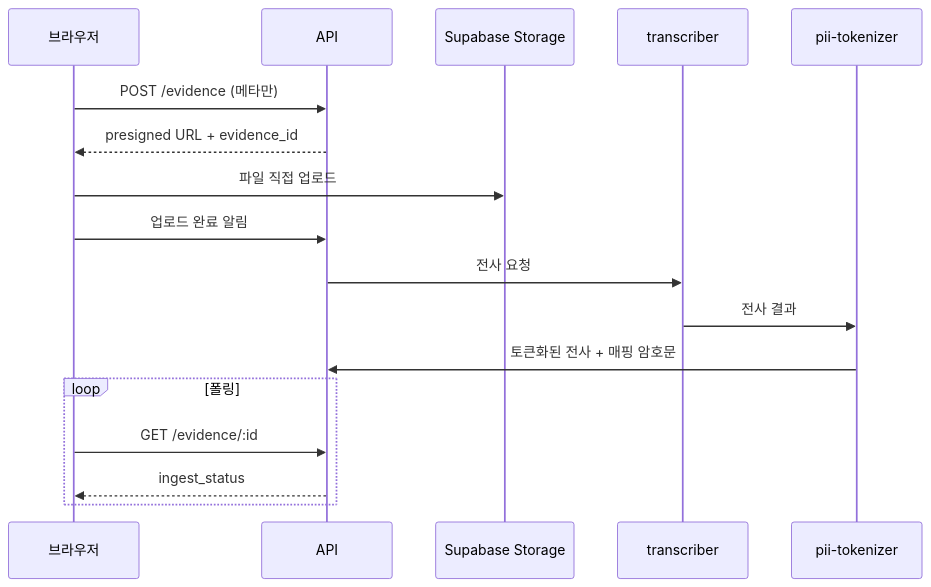
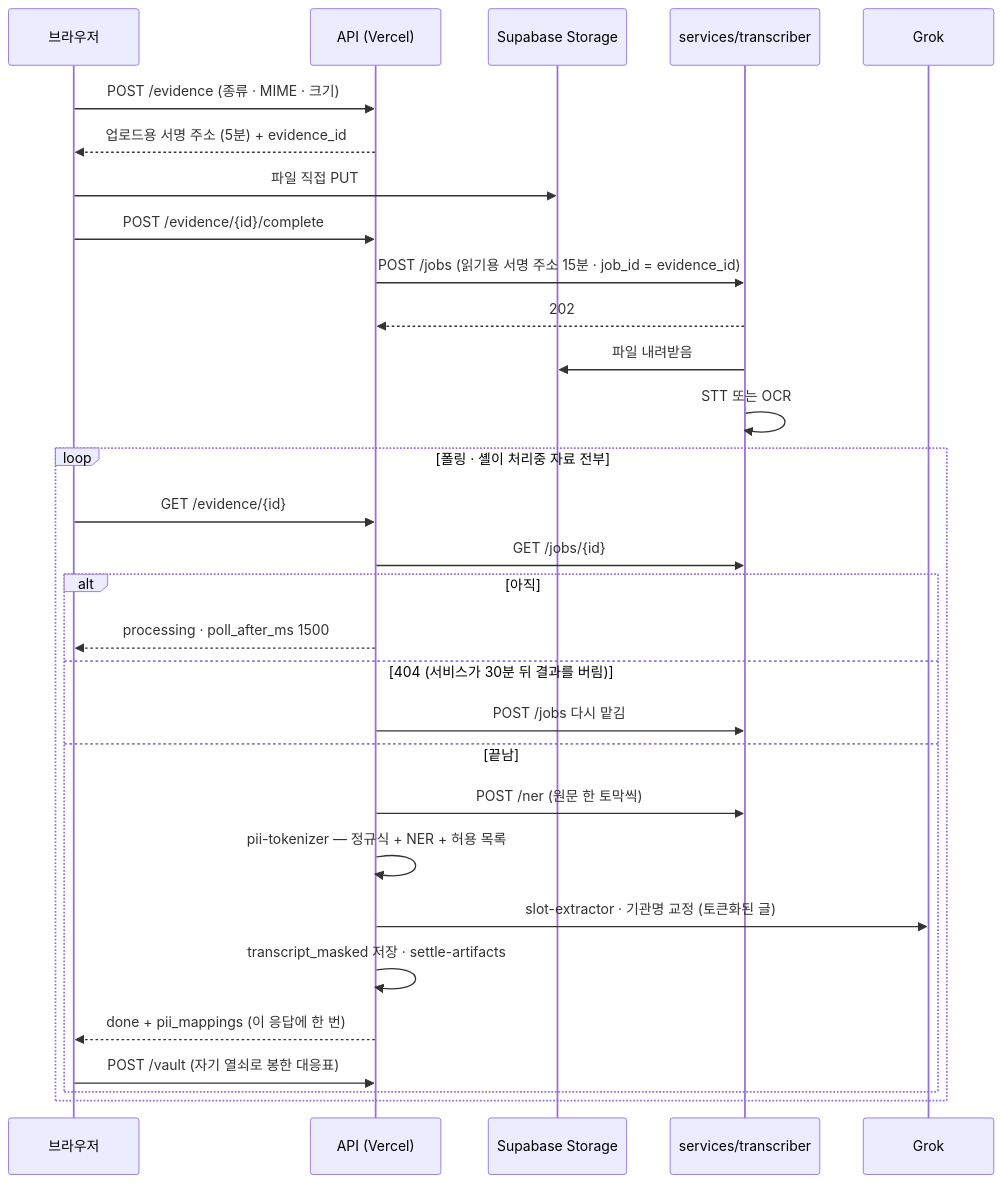
Before and after one commit to Dojaegyum/fsec-ai-challenge: the eighth of 9 diagrams in ARCHITECTURE.md, drawn with Mermaid. The commit also changed other lines of this file and 9 other files, not shown here.

First line of the commit message:
ARCHITECTURE.md 를 2026-09-06 main 기준으로 다시 쓴다 — 앱 밖 모델 서비스 · 볼트 · 크론 셋 · 실제 데이터 흐름을 그리고 미결 절은 없앤다 (doc-gardening 셋째 손질)

````diff
--- a/ARCHITECTURE.md
+++ b/ARCHITECTURE.md
@@ -357,20 +454,33 @@
 ```mermaid
 sequenceDiagram
     participant B as 브라우저
-    participant A as API
+    participant A as API (Vercel)
     participant BL as Supabase Storage
-    participant T as transcriber
-    participant P as pii-tokenizer
+    participant S as services/transcriber
+    participant G as Grok
 
-    B->>A: POST /evidence (메타만)
-    A-->>B: presigned URL + evidence_id
-    B->>BL: 파일 직접 업로드
-    B->>A: 업로드 완료 알림
-    A->>T: 전사 요청
-    T->>P: 전사 결과
-    P->>A: 토큰화된 전사 + 매핑 암호문
-    loop 폴링
-        B->>A: GET /evidence/:id
-        A-->>B: ingest_status
+    B->>A: POST /evidence (종류 · MIME · 크기)
+    A-->>B: 업로드용 서명 주소 (5분) + evidence_id
+    B->>BL: 파일 직접 PUT
+    B->>A: POST /evidence/{id}/complete
+    A->>S: POST /jobs (읽기용 서명 주소 15분 · job_id = evidence_id)
+    S-->>A: 202
+    S->>BL: 파일 내려받음
+    S->>S: STT 또는 OCR
+    loop 폴링 · 셸이 처리중 자료 전부
+        B->>A: GET /evidence/{id}
+        A->>S: GET /jobs/{id}
+        alt 아직
+            A-->>B: processing · poll_after_ms 1500
+        else 404 (서비스가 30분 뒤 결과를 버림)
+            A->>S: POST /jobs 다시 맡김
+        else 끝남
+            A->>S: POST /ner (원문 한 토막씩)
+            A->>A: pii-tokenizer — 정규식 + NER + 허용 목록
+            A->>G: slot-extractor · 기관명 교정 (토큰화된 글)
+            A->>A: transcript_masked 저장 · settle-artifacts
+            A-->>B: done + pii_mappings (이 응답에 한 번)
+            B->>A: POST /vault (자기 열쇠로 봉한 대응표)
+        end
     end
 ```
````
